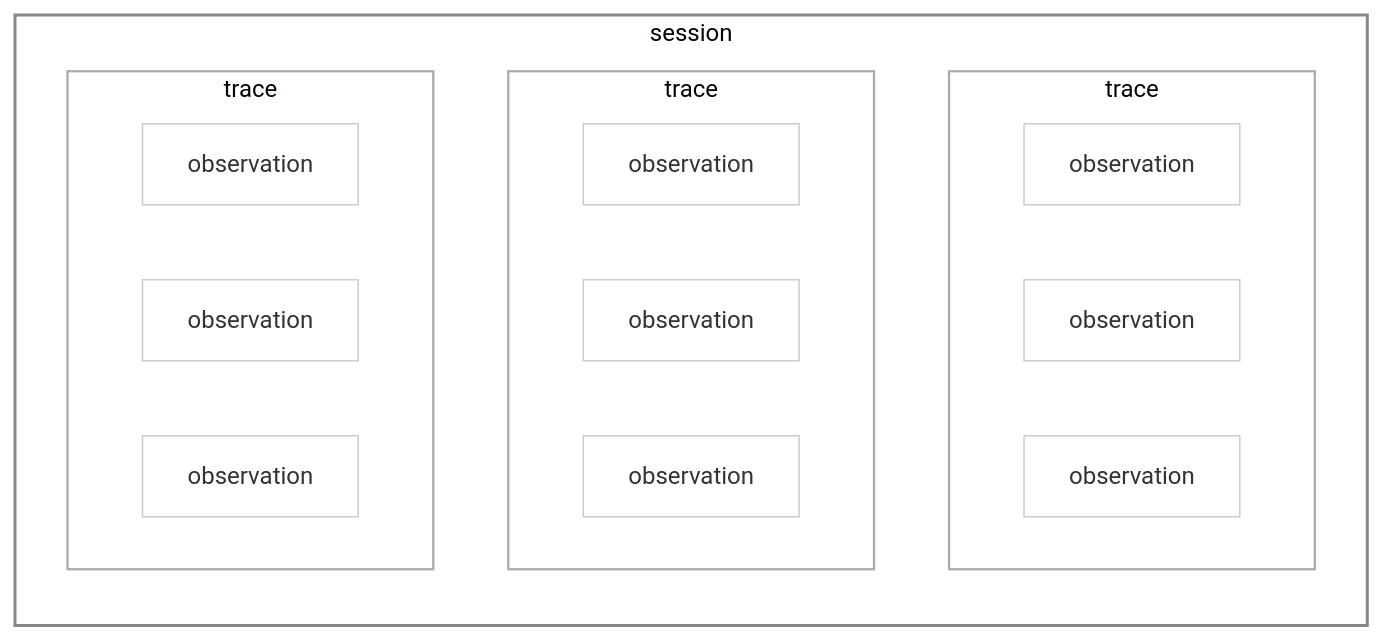
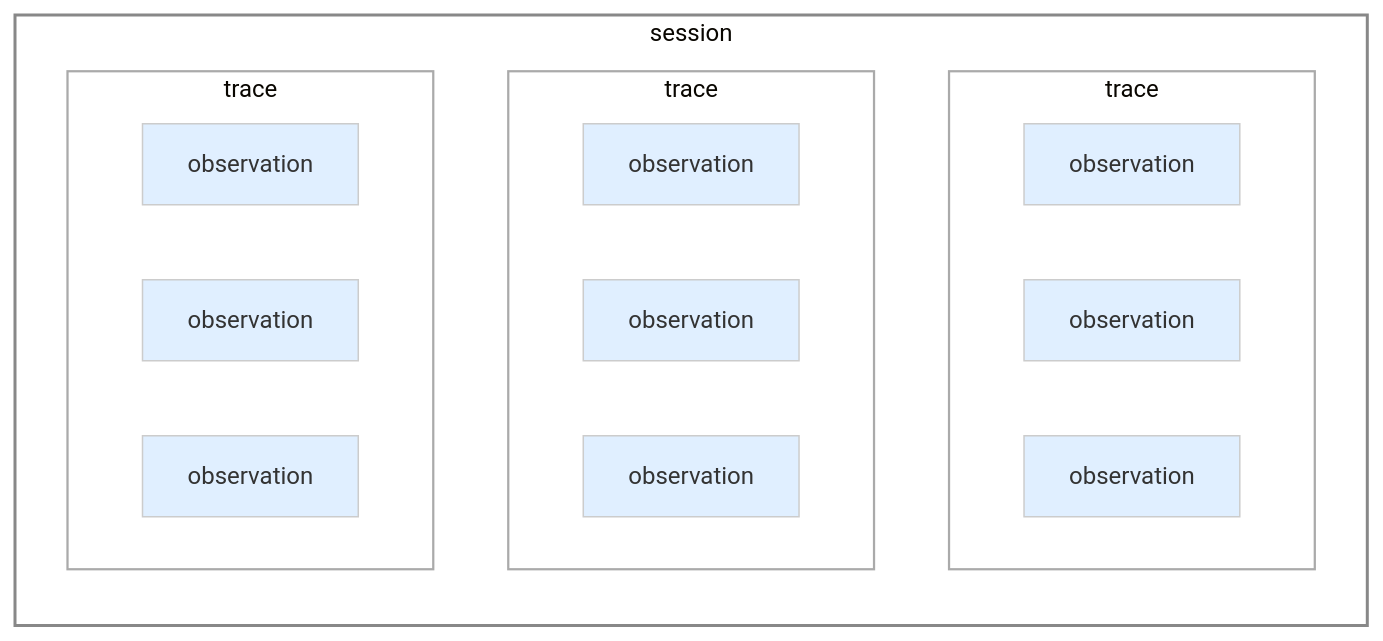
Before and after one commit to langfuse/langfuse-docs: the first of 5 diagrams in pages/docs/observability/data-model.mdx, drawn with Mermaid (base theme). The commit also changed other lines of this file and 1 other file, not shown here.

Commit message:
Concepts page second part - added section on how langfuse works in the background - added intro referring to get started guide - added diagrams, styled them consistently - Removed OpenTelemetry explanation from the overview page

````diff
--- a/pages/docs/observability/data-model.mdx
+++ b/pages/docs/observability/data-model.mdx
@@ -13,37 +16,37 @@
 ```mermaid
 flowchart LR
 
     subgraph SESSION [session]
         direction TB
 
         subgraph TRACE1 [trace]
             direction LR
             O1[observation]
             O2[observation]
             O3[observation]
         end
 
         subgraph TRACE2 [trace]
             direction LR
             O4[observation]
             O5[observation]
             O6[observation]
         end
 
         subgraph TRACE3 [trace]
             direction LR
             O7[observation]
             O8[observation]
             O9[observation]
         end
 
     end
     classDef sessionBox fill:#ffffff,stroke:#888,stroke-width:2px;
     classDef traceBox fill:#ffffff,stroke:#aaa,stroke-width:1.5px;
-    classDef obsBox fill:#ffffff,stroke:#ccc;
+    classDef obsBox fill:#E0EFFF,stroke:#ccc;
 
     %% Assign classes
     class SESSION sessionBox;
     class TRACE1,TRACE2,TRACE3 traceBox;
     class O1,O2,O3,O4,O5,O6,O7,O8,O9 obsBox;
 ```
````
